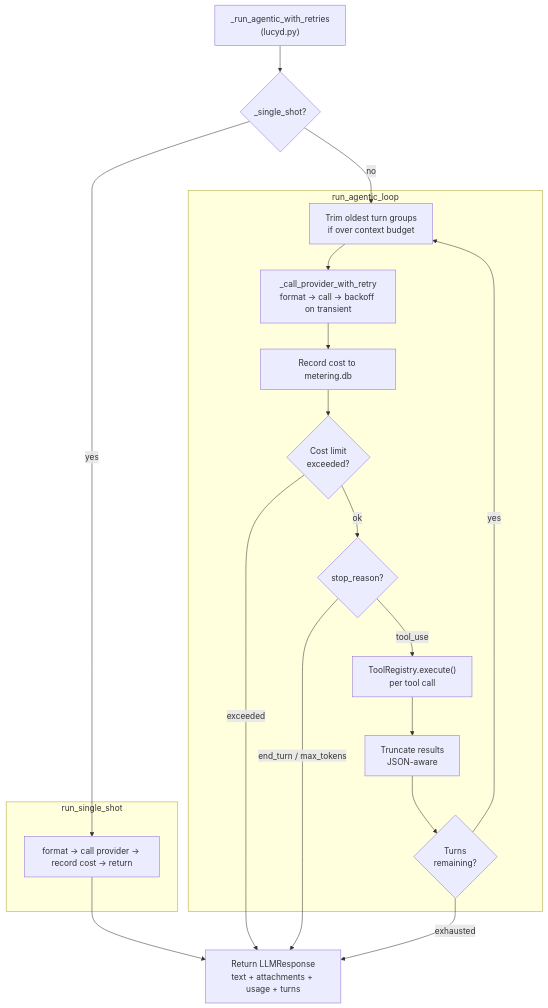
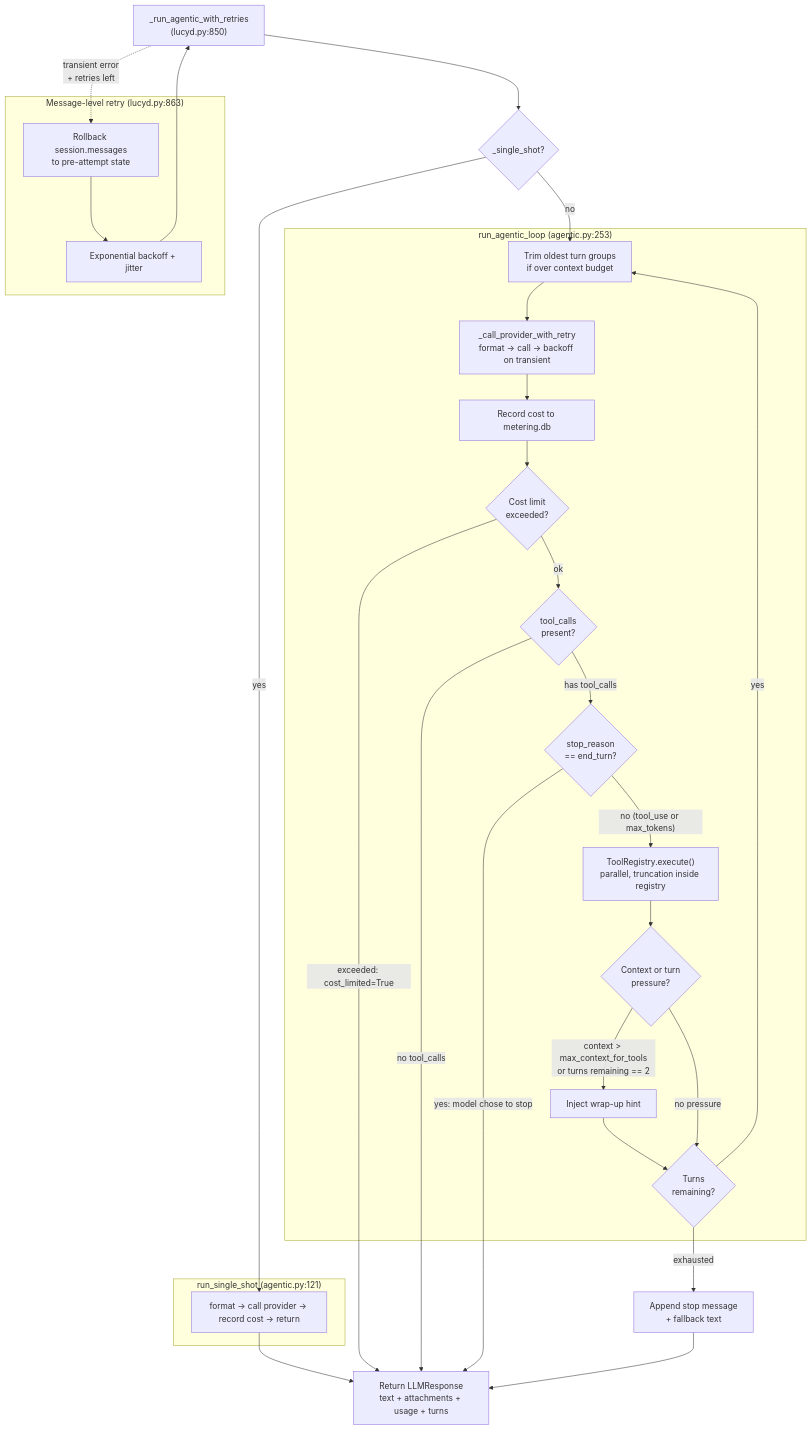
One commit to nicolasforstinger/lucyd changed the second of 10 diagrams in docs/diagrams.md. Above: the diagram before and after it, drawn with Mermaid. The commit also changed other lines of this file and 18 other files, not shown here.

````diff
--- a/docs/diagrams.md
+++ b/docs/diagrams.md
@@ -74,32 +131,46 @@
 ```mermaid
 flowchart TD
-    START["_run_agentic_with_retries<br/>(lucyd.py)"]
+    START["_run_agentic_with_retries<br/>(lucyd.py:850)"]
     DISPATCH{"_single_shot?"}
 
-    subgraph SingleShot["run_single_shot"]
+    subgraph SingleShot["run_single_shot (agentic.py:121)"]
         SS["format → call provider → record cost → return"]
     end
 
-    subgraph ToolUse["run_agentic_loop"]
+    subgraph ToolUse["run_agentic_loop (agentic.py:253)"]
         TRIM["Trim oldest turn groups<br/>if over context budget"]
         CALL["_call_provider_with_retry<br/>format → call → backoff on transient"]
         METER["Record cost to metering.db"]
         COST_CHECK{"Cost limit<br/>exceeded?"}
-        STOP{"stop_reason?"}
-        TOOLS["ToolRegistry.execute()<br/>per tool call"]
-        TRUNC["Truncate results<br/>JSON-aware"]
+        STOP{"tool_calls<br/>present?"}
+        ENDTURN{"stop_reason<br/>== end_turn?"}
+        TOOLS["ToolRegistry.execute()<br/>parallel, truncation inside registry"]
+        PRESSURE{"Context or turn<br/>pressure?"}
+        HINT["Inject wrap-up hint"]
         TURNS{"Turns<br/>remaining?"}
     end
 
     RETURN["Return LLMResponse<br/>text + attachments + usage + turns"]
+    MAX_TURNS["Append stop message<br/>+ fallback text"]
+
+    subgraph Retry["Message-level retry (lucyd.py:863)"]
+        ROLLBACK["Rollback session.messages<br/>to pre-attempt state"]
+        BACKOFF["Exponential backoff + jitter"]
+    end
 
     START --> DISPATCH
     DISPATCH -->|yes| SS --> RETURN
     DISPATCH -->|no| TRIM --> CALL --> METER --> COST_CHECK
-    COST_CHECK -->|exceeded| RETURN
+    COST_CHECK -->|"exceeded: cost_limited=True"| RETURN
     COST_CHECK -->|ok| STOP
-    STOP -->|end_turn / max_tokens| RETURN
-    STOP -->|tool_use| TOOLS --> TRUNC --> TURNS
+    STOP -->|"no tool_calls"| RETURN
+    STOP -->|"has tool_calls"| ENDTURN
+    ENDTURN -->|"yes: model chose to stop"| RETURN
+    ENDTURN -->|"no (tool_use or max_tokens)"| TOOLS --> PRESSURE
+    PRESSURE -->|"context > max_context_for_tools<br/>or turns remaining == 2"| HINT --> TURNS
+    PRESSURE -->|"no pressure"| TURNS
     TURNS -->|yes| TRIM
-    TURNS -->|exhausted| RETURN
+    TURNS -->|exhausted| MAX_TURNS --> RETURN
+
+    START -.->|"transient error<br/>+ retries left"| ROLLBACK --> BACKOFF --> START
 ```
````
